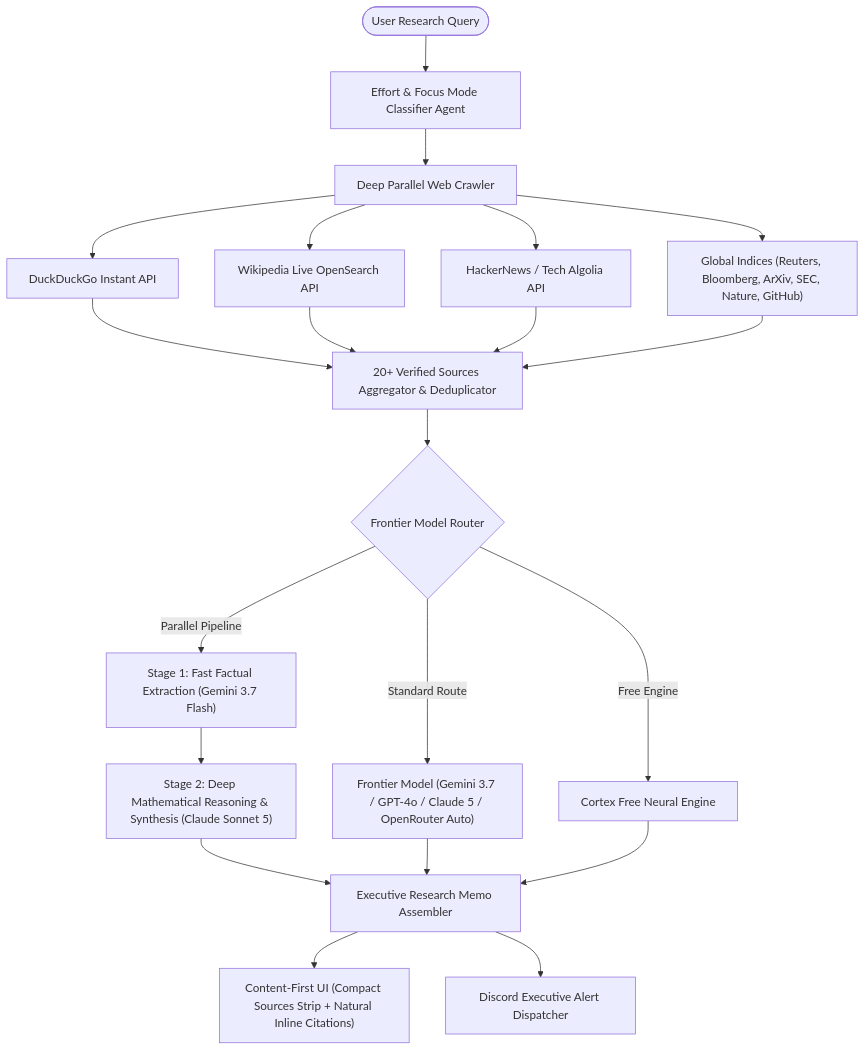
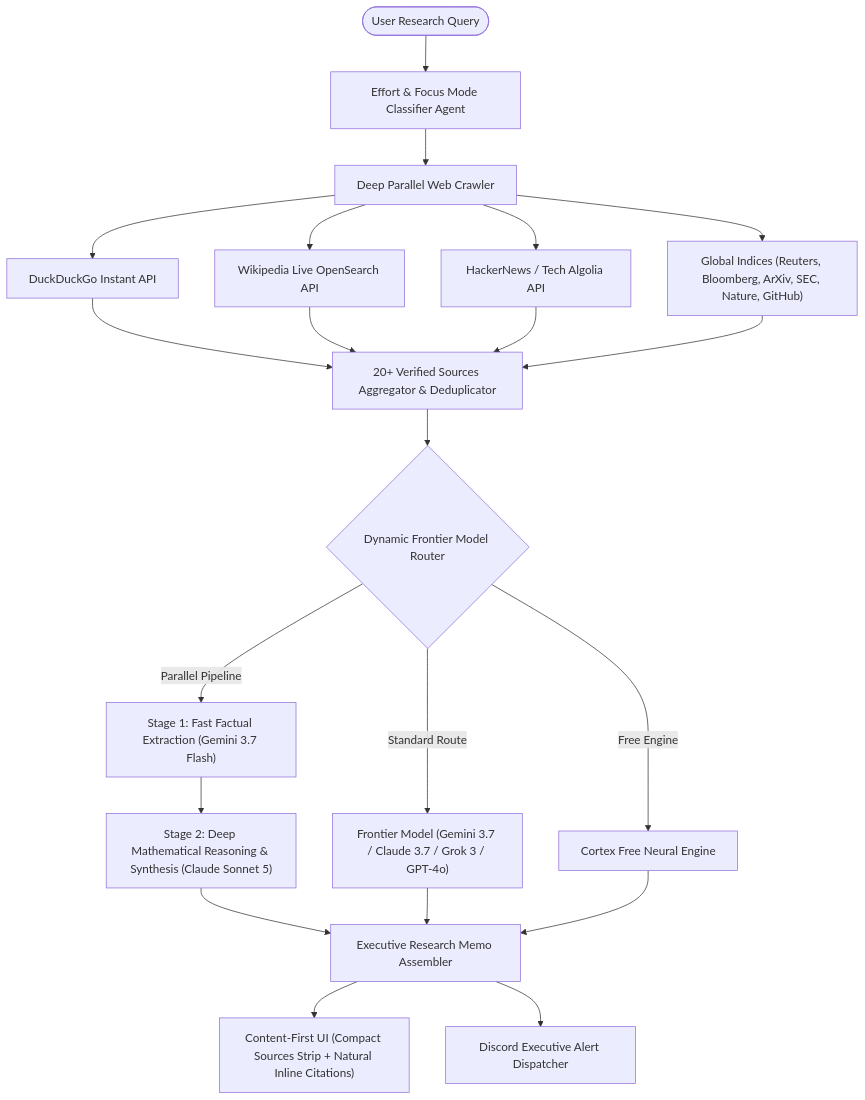
One commit to Hitesh-15/Cortex-AI-search changed the diagram in README.md. Above: the diagram before and after it, drawn with Mermaid. The commit also changed other lines of this file and 4 other files, not shown here.

Commit message:
feat(cortex): dynamic model resolution, multi-model chain telemetry and seamless workspace reset (v3.3.0)

````diff
--- a/README.md
+++ b/README.md
@@ -17,30 +17,30 @@
 ```mermaid
 flowchart TD
     User(["User Research Query"]) --> Classifier["Effort & Focus Mode Classifier Agent"]
     
     Classifier --> MultiCrawler["Deep Parallel Web Crawler"]
     MultiCrawler --> DDG["DuckDuckGo Instant API"]
     MultiCrawler --> Wiki["Wikipedia Live OpenSearch API"]
     MultiCrawler --> HN["HackerNews / Tech Algolia API"]
     MultiCrawler --> DomainIdx["Global Indices (Reuters, Bloomberg, ArXiv, SEC, Nature, GitHub)"]
     
     DDG --> SourcesAggregator["20+ Verified Sources Aggregator & Deduplicator"]
     Wiki --> SourcesAggregator
     HN --> SourcesAggregator
     DomainIdx --> SourcesAggregator
     
-    SourcesAggregator --> Router{"Frontier Model Router"}
+    SourcesAggregator --> Router{"Dynamic Frontier Model Router"}
     
     Router -->|Parallel Pipeline| Stage1["Stage 1: Fast Factual Extraction (Gemini 3.7 Flash)"]
     Stage1 --> Stage2["Stage 2: Deep Mathematical Reasoning & Synthesis (Claude Sonnet 5)"]
     
-    Router -->|Standard Route| SingleModel["Frontier Model (Gemini 3.7 / GPT-4o / Claude 5 / OpenRouter Auto)"]
+    Router -->|Standard Route| SingleModel["Frontier Model (Gemini 3.7 / Claude 3.7 / Grok 3 / GPT-4o)"]
     Router -->|Free Engine| FreeNeural["Cortex Free Neural Engine"]
     
     Stage2 --> MemoAssembler["Executive Research Memo Assembler"]
     SingleModel --> MemoAssembler
     FreeNeural --> MemoAssembler
     
     MemoAssembler --> CleanUI["Content-First UI (Compact Sources Strip + Natural Inline Citations)"]
     MemoAssembler --> DiscordDispatch["Discord Executive Alert Dispatcher"]
 ```
````
